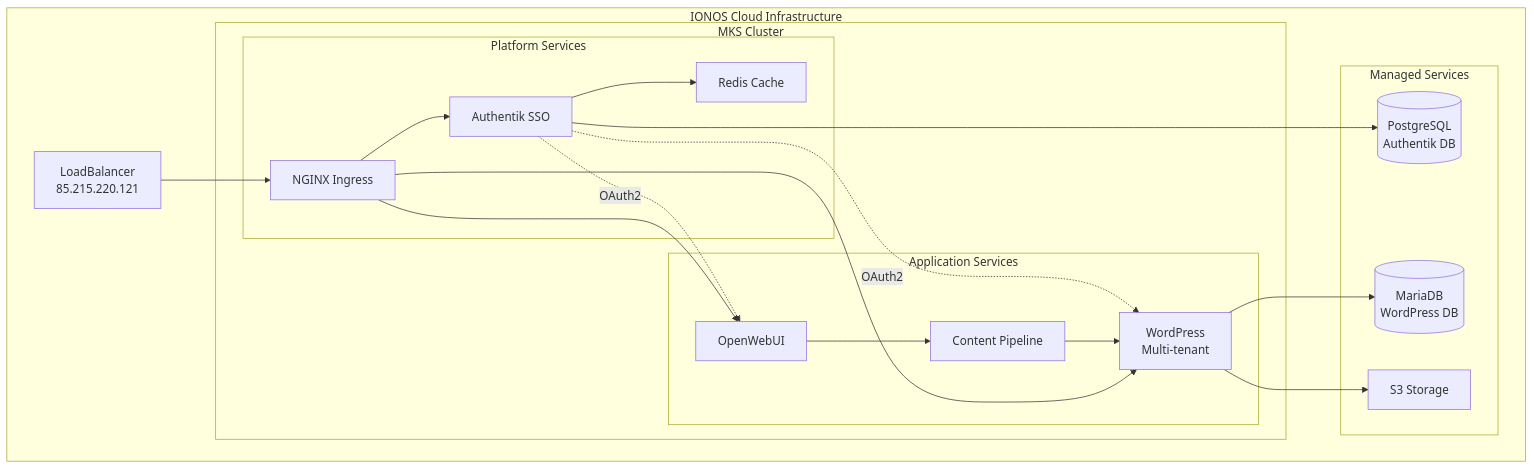
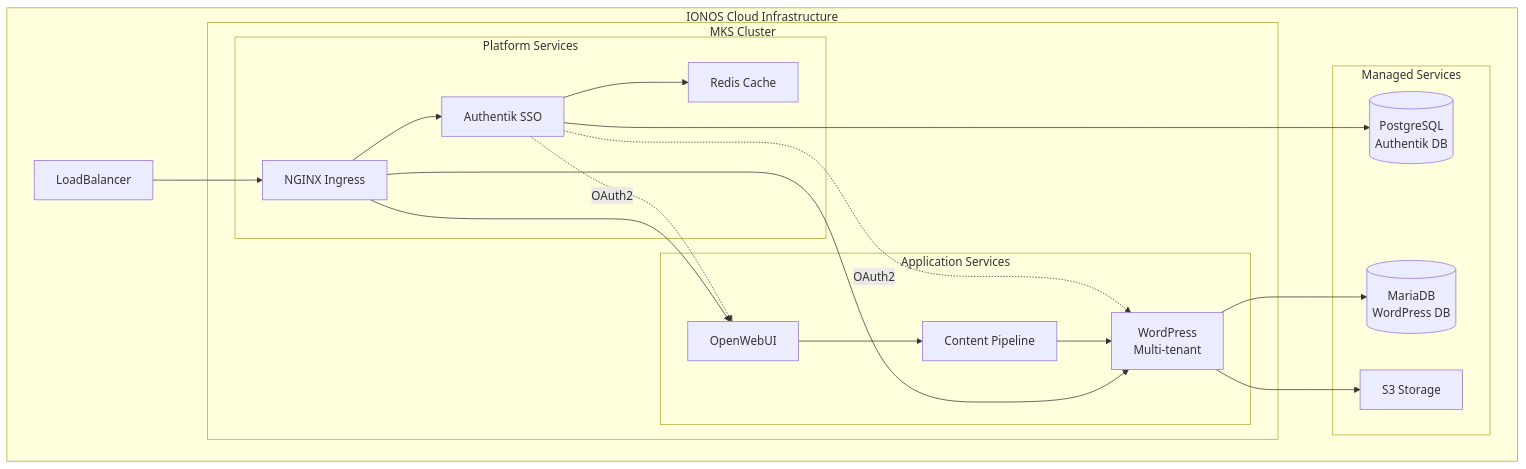
The diagram in docs/ARCHITECTURE_STATUS.md (jubalm/wp-openwebui-chatblog), drawn with Mermaid before and after one commit. The commit also changed other lines of this file and 31 other files, not shown here.

````diff
--- a/docs/ARCHITECTURE_STATUS.md
+++ b/docs/ARCHITECTURE_STATUS.md
@@ -8,41 +8,41 @@
 ```mermaid
 graph TB
     subgraph "IONOS Cloud Infrastructure"
-        LB[LoadBalancer<br/>85.215.220.121]
+        LB[LoadBalancer<br/><loadbalancer-ip>]
         
         subgraph "MKS Cluster"
             subgraph "Platform Services"
                 NGINX[NGINX Ingress]
                 AUTH[Authentik SSO]
                 REDIS[Redis Cache]
             end
             
             subgraph "Application Services"
                 WP[WordPress<br/>Multi-tenant]
                 OW[OpenWebUI]
                 PIPE[Content Pipeline]
             end
         end
         
         subgraph "Managed Services"
             PG[(PostgreSQL<br/>Authentik DB)]
             MARIA[(MariaDB<br/>WordPress DB)]
             S3[S3 Storage]
         end
     end
     
     LB --> NGINX
     NGINX --> WP
     NGINX --> OW
     NGINX --> AUTH
     
     AUTH --> PG
     AUTH --> REDIS
     WP --> MARIA
     WP --> S3
     OW --> PIPE
     PIPE --> WP
     
     AUTH -.OAuth2.-> WP
     AUTH -.OAuth2.-> OW
 ```
````
